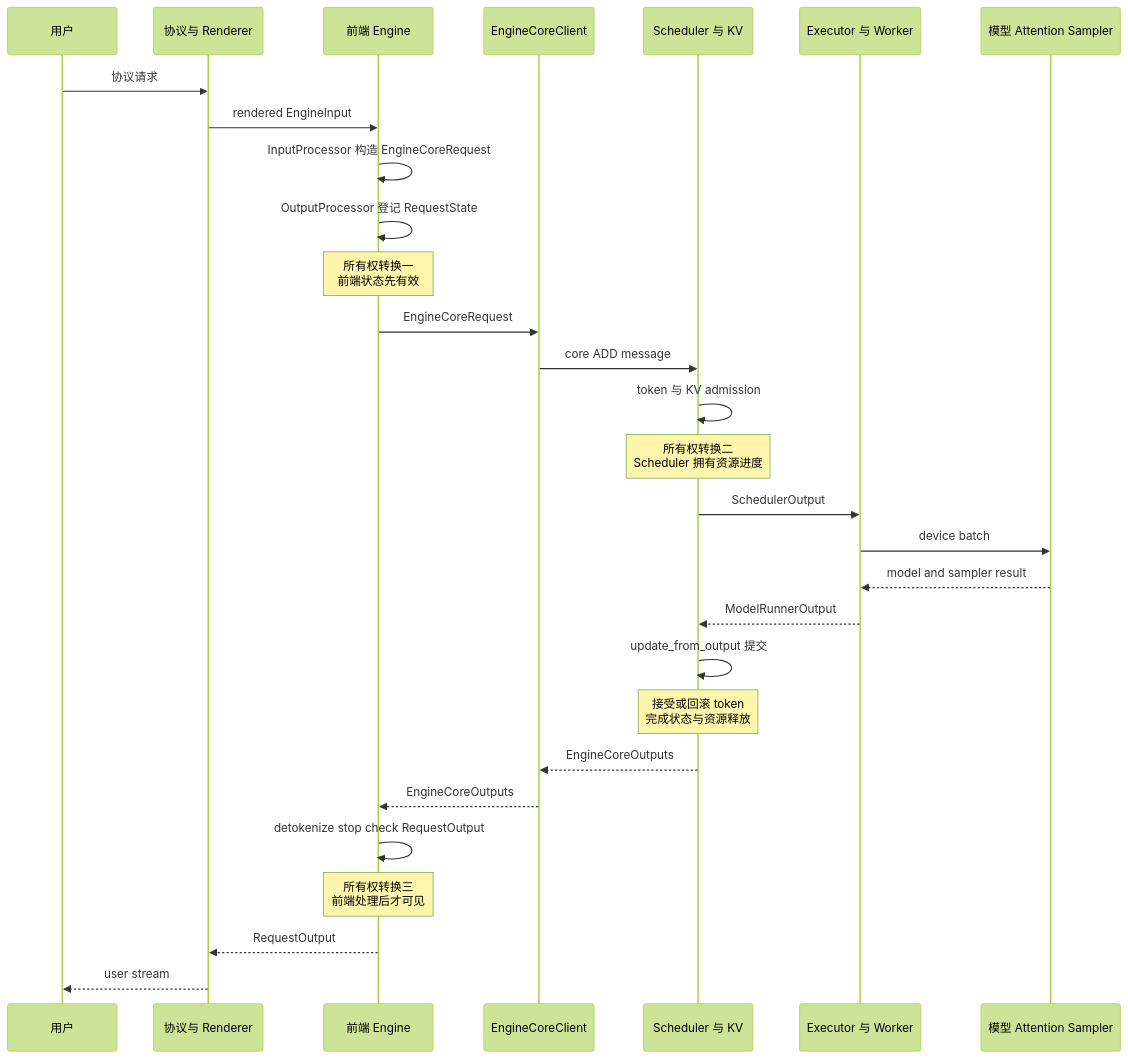
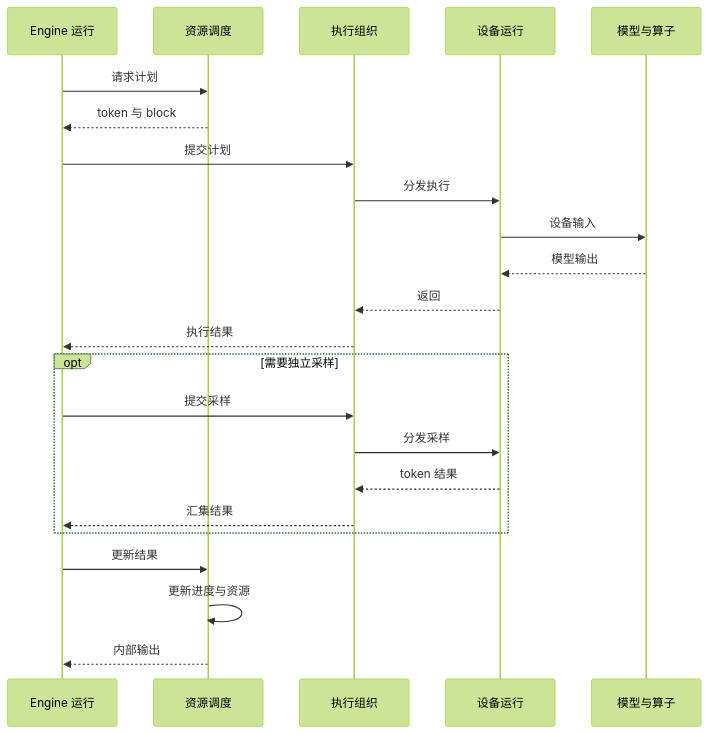
The fourth of 4 diagrams in wiki/02_engineering/03_infer_frameworks/vllm/03_vllm_architecture_overview_analysis.md (suhaibo666/llm-knowledge), drawn with Mermaid (forest theme) before and after one commit. The commit also changed other lines of this file and 49 other files, not shown here.

````diff
--- a/wiki/02_engineering/03_infer_frameworks/vllm/03_vllm_architecture_overview_analysis.md
+++ b/wiki/02_engineering/03_infer_frameworks/vllm/03_vllm_architecture_overview_analysis.md
@@ -153,32 +153,25 @@
 ```mermaid
 sequenceDiagram
-    participant U as 用户
-    participant P as 协议与 Renderer
-    participant F as 前端 Engine
-    participant C as EngineCoreClient
-    participant S as Scheduler 与 KV
-    participant E as Executor 与 Worker
-    participant M as 模型 Attention Sampler
-
-    U->>P: 协议请求
-    P->>F: rendered EngineInput
-    F->>F: InputProcessor 构造 EngineCoreRequest
-    F->>F: OutputProcessor 登记 RequestState
-    Note over F: 所有权转换一<br/>前端状态先有效
-    F->>C: EngineCoreRequest
-    C->>S: core ADD message
-    S->>S: token 与 KV admission
-    Note over S: 所有权转换二<br/>Scheduler 拥有资源进度
-    S->>E: SchedulerOutput
-    E->>M: device batch
-    M-->>E: model and sampler result
-    E-->>S: ModelRunnerOutput
-    S->>S: update_from_output 提交
-    Note over S: 接受或回滚 token<br/>完成状态与资源释放
-    S-->>C: EngineCoreOutputs
-    C-->>F: EngineCoreOutputs
-    F->>F: detokenize stop check RequestOutput
-    Note over F: 所有权转换三<br/>前端处理后才可见
-    F-->>P: RequestOutput
-    P-->>U: user stream
+    participant E as Engine 运行
+    participant S as 资源调度
+    participant X as 执行组织
+    participant R as 设备运行
+    participant M as 模型与算子
+    E->>S: 请求计划
+    S-->>E: token 与 block
+    E->>X: 提交计划
+    X->>R: 分发执行
+    R->>M: 设备输入
+    M-->>R: 模型输出
+    R-->>X: 返回
+    X-->>E: 执行结果
+    opt 需要独立采样
+        E->>X: 提交采样
+        X->>R: 分发采样
+        R-->>X: token 结果
+        X-->>E: 汇集结果
+    end
+    E->>S: 更新结果
+    S->>S: 更新进度与资源
+    S-->>E: 内部输出
 ```
````
